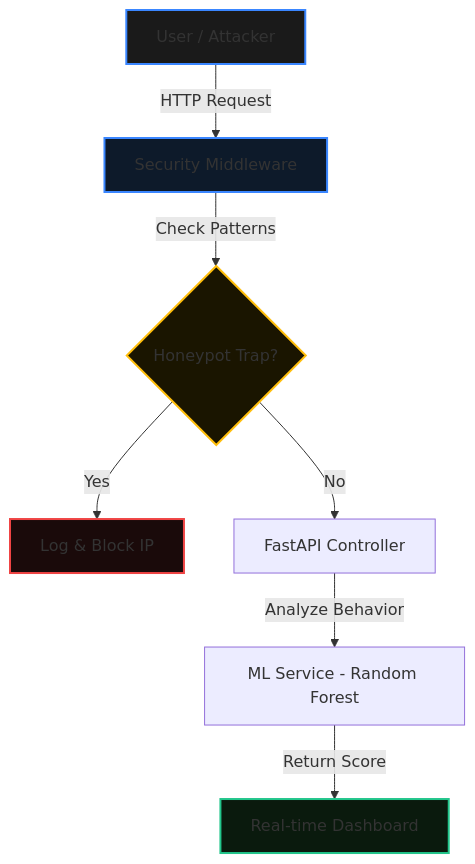
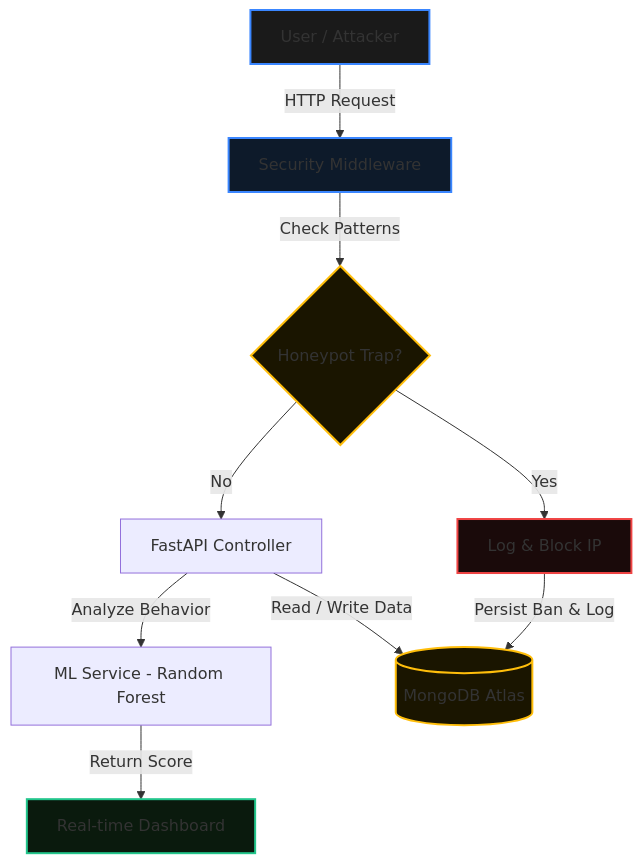
One commit to BrutalKill/eurovault-fintech changed the diagram in README.md. Above: the diagram before and after it, drawn with Mermaid.

Commit message:
auto-commit for 30696010-f6fe-404f-9954-17f76a1ed89f

````diff
--- a/README.md
+++ b/README.md
@@ -68,15 +68,18 @@
 ```mermaid
 graph TD
     A[User / Attacker] -->|HTTP Request| B[Security Middleware]
     B -->|Check Patterns| C{Honeypot Trap?}
     C -->|Yes| D[Log & Block IP]
     C -->|No| E[FastAPI Controller]
     E -->|Analyze Behavior| F[ML Service - Random Forest]
     F -->|Return Score| G[Real-time Dashboard]
+    D -->|Persist Ban & Log| H[(MongoDB Atlas)]
+    E -->|Read / Write Data| H
 
     style A fill:#1a1a1a,stroke:#3A86FF,stroke-width:2px
     style B fill:#0d1a2a,stroke:#3A86FF,stroke-width:2px
     style C fill:#1a1500,stroke:#FFBE0B,stroke-width:2px
     style D fill:#1a0a0a,stroke:#ef4444,stroke-width:2px
     style G fill:#0a1a0d,stroke:#22c58b,stroke-width:2px
+    style H fill:#1a1500,stroke:#FFBE0B,stroke-width:2px
 ```
````
